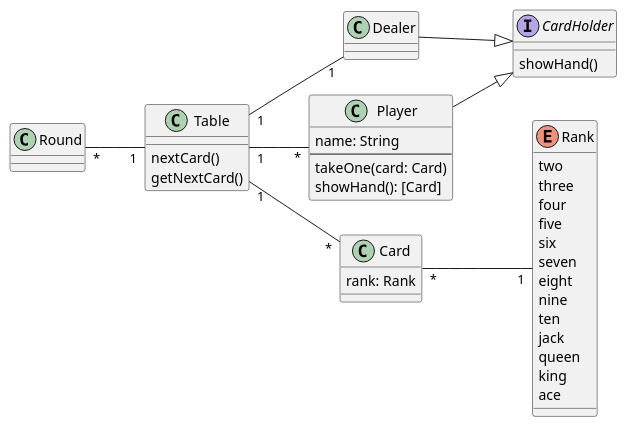
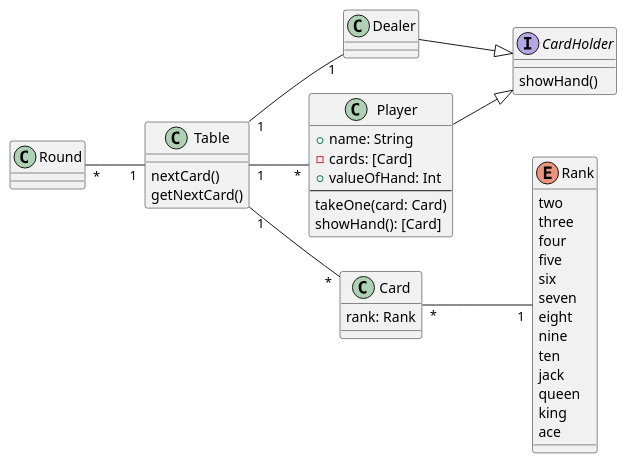
The diagram in diagram.puml (P-Klose/2223-4bhitm-medtmc-BlackJack), drawn with PlantUML before and after one commit. The commit also changed 2 other files, not shown here.

Commit message:
update diagram 2023-02-01

```diff
--- a/diagram.puml
+++ b/diagram.puml
@@ -1,58 +1,60 @@
 @startuml
 
 left to right direction
 
 class Round
 
 class Table {
     nextCard()
     getNextCard()
 }
 
 class Dealer {
 }
 
 class Player {
-    name: String
+    + name: String
+    - cards: [Card]
+    + valueOfHand: Int
     --
     takeOne(card: Card)
     showHand(): [Card]
 }
 
 class Card {
     rank: Rank
 }
 
 enum Rank {
     two
     three
     four
     five
     six
     seven
     eight
     nine
     ten
     jack
     queen
     king
     ace
 }
 
 interface CardHolder {
     showHand()
 }
 
 Round "*"--"1" Table
 Table "1"--"1" Dealer
 
 Table "1"--"*" Player
 Table "1"--"*" Card
 
 Player --|> CardHolder
 Dealer --|> CardHolder
 
 Card "*"--"1" Rank
 
 
 @enduml
```
